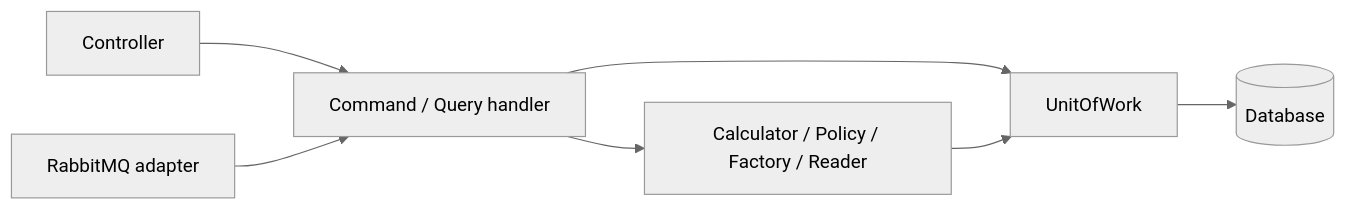
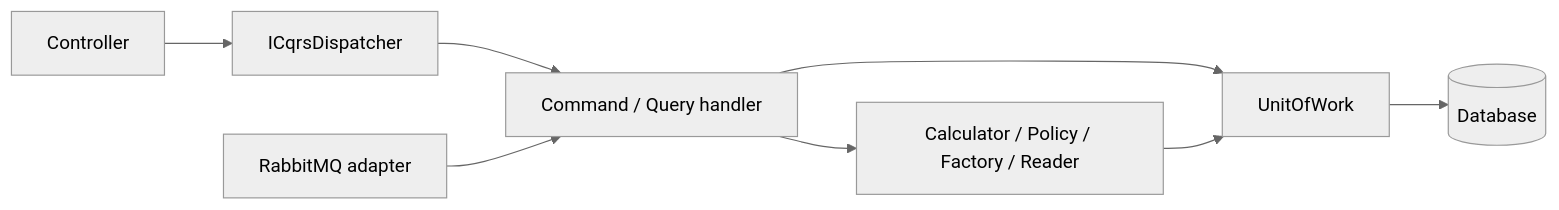
The diagram in docs/game-cqrs.md (VANTUANKIET1239/HRKSYSTEM), drawn with Mermaid (neutral theme) before and after one commit. The commit also changed other lines of this file and 18 other files, not shown here.

Commit message:
update CQRS dispatcher for all controllers

````diff
--- a/docs/game-cqrs.md
+++ b/docs/game-cqrs.md
@@ -6,9 +8,9 @@
 ```mermaid
 flowchart LR
-    HTTP[Controller] --> CQRS[Command / Query handler]
+    HTTP[Controller] --> Dispatcher[ICqrsDispatcher] --> CQRS[Command / Query handler]
     Rabbit[RabbitMQ adapter] --> CQRS
     CQRS --> Shared[Calculator / Policy / Factory / Reader]
     CQRS --> UOW[UnitOfWork]
     Shared --> UOW
     UOW --> DB[(Database)]
 ```
````
